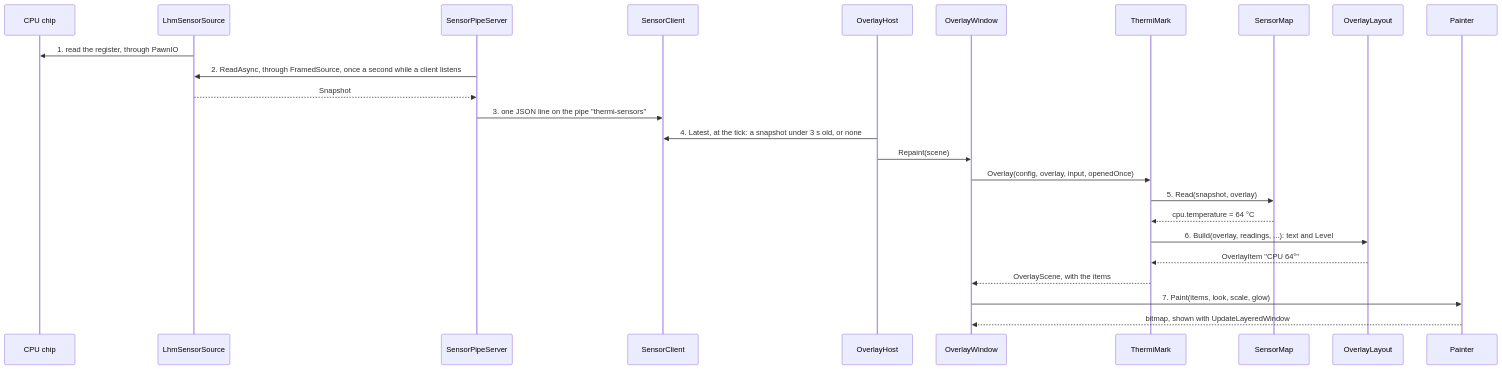
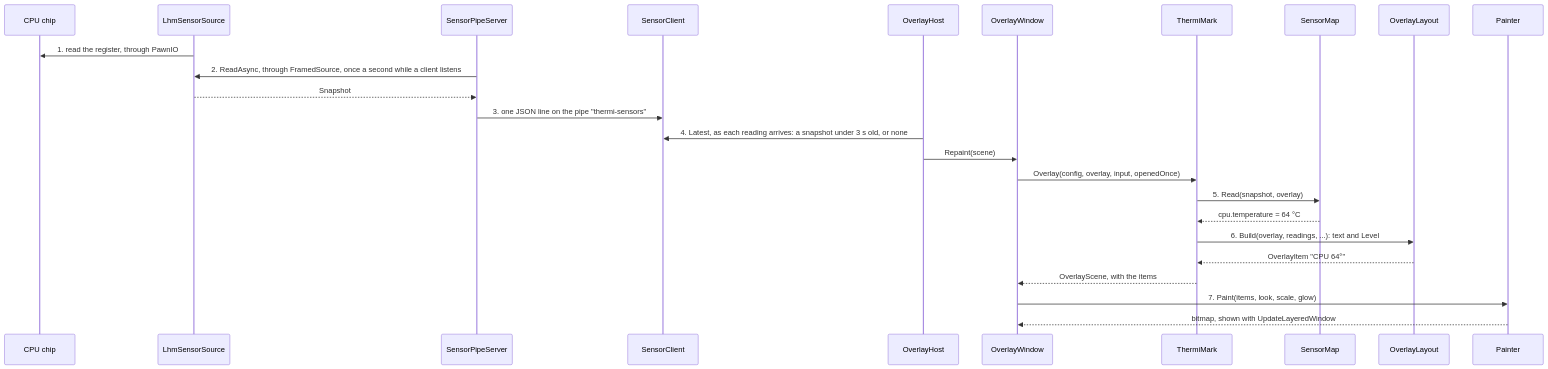
Before and after one commit to claudiopi/thermi: the first of 4 diagrams in docs/ARCHITECTURE.md, drawn with Mermaid. The commit also changed other lines of this file, not shown here.

Commit message:
docs: the architecture says each reading repaints the overlay, and the tick only once readings stop
Claude-Session: https://claude.ai/code/session_01Wit33dMbvvnN62ffUTqww3

````diff
--- a/docs/ARCHITECTURE.md
+++ b/docs/ARCHITECTURE.md
@@ -11,27 +11,27 @@
 ```mermaid
 sequenceDiagram
     participant Chip as CPU chip
     participant Lhm as LhmSensorSource
     participant Server as SensorPipeServer
     participant Client as SensorClient
     participant Host as OverlayHost
     participant Window as OverlayWindow
     participant Mark as ThermiMark
     participant Map as SensorMap
     participant Layout as OverlayLayout
     participant Painter as Painter
     Lhm->>Chip: 1. read the register, through PawnIO
     Server->>Lhm: 2. ReadAsync, through FramedSource, once a second while a client listens
     Lhm-->>Server: Snapshot
     Server->>Client: 3. one JSON line on the pipe "thermi-sensors"
-    Host->>Client: 4. Latest, at the tick: a snapshot under 3 s old, or none
+    Host->>Client: 4. Latest, as each reading arrives: a snapshot under 3 s old, or none
     Host->>Window: Repaint(scene)
     Window->>Mark: Overlay(config, overlay, input, openedOnce)
     Mark->>Map: 5. Read(snapshot, overlay)
     Map-->>Mark: cpu.temperature = 64 °C
     Mark->>Layout: 6. Build(overlay, readings, ...): text and Level
     Layout-->>Mark: OverlayItem "CPU 64°"
     Mark-->>Window: OverlayScene, with the items
     Window->>Painter: 7. Paint(items, look, scale, glow)
     Painter-->>Window: bitmap, shown with UpdateLayeredWindow
 ```
````
